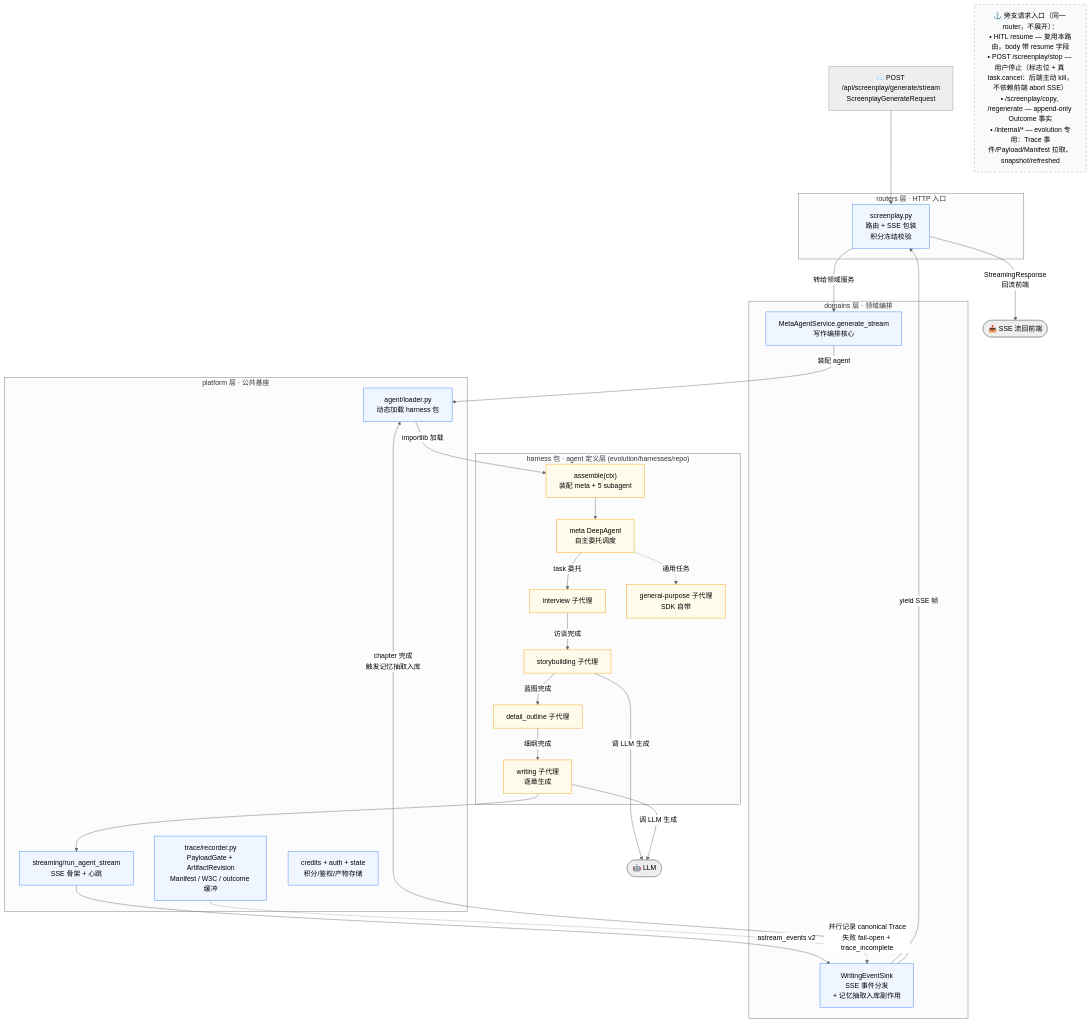
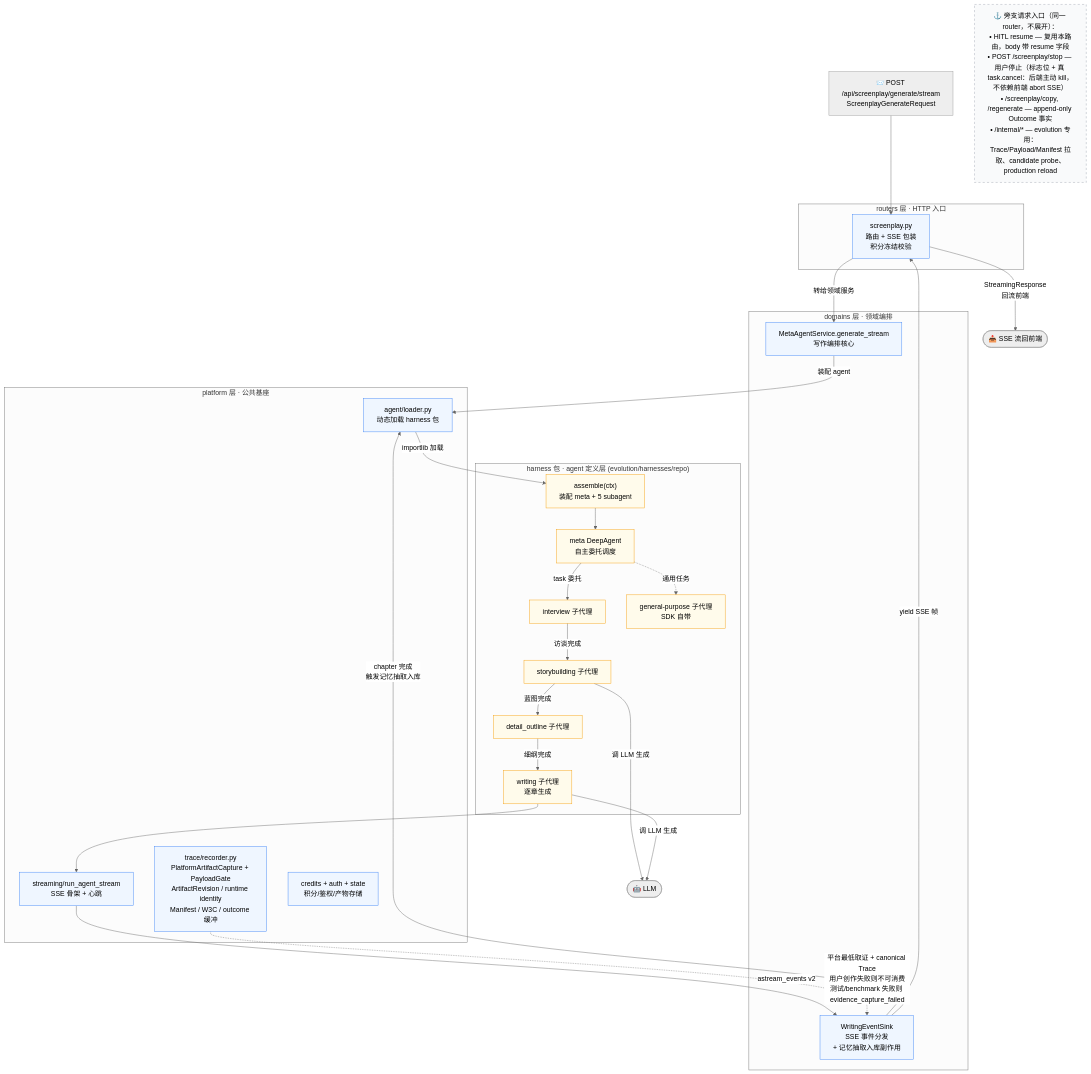
One commit to gaoshoupaper-code/EvoWriter changed the second of 8 diagrams in docs/系统心智模型.md. Above: the diagram before and after it, drawn with Mermaid (neutral theme). The commit also changed other lines of this file and 47 other files, not shown here.

````diff
--- a/docs/系统心智模型.md
+++ b/docs/系统心智模型.md
@@ -127,65 +129,65 @@
 ```mermaid
 flowchart TD
     Req["📨 POST /api/screenplay/generate/stream<br/>ScreenplayGenerateRequest"]
 
     subgraph L_Routers["routers 层 · HTTP 入口"]
         R1["screenplay.py<br/>路由 + SSE 包装<br/>积分冻结校验"]
     end
 
     subgraph L_Domains["domains 层 · 领域编排"]
         D1["MetaAgentService.generate_stream<br/>写作编排核心"]
         D2["WritingEventSink<br/>SSE 事件分发<br/>+ 记忆抽取入库副作用"]
     end
 
     subgraph L_Platform["platform 层 · 公共基座"]
         P1["agent/loader.py<br/>动态加载 harness 包"]
         P2["streaming/run_agent_stream<br/>SSE 骨架 + 心跳"]
-        P3["trace/recorder.py<br/>PayloadGate + ArtifactRevision<br/>Manifest / W3C / outcome 缓冲"]
+        P3["trace/recorder.py<br/>PlatformArtifactCapture + PayloadGate<br/>ArtifactRevision / runtime identity<br/>Manifest / W3C / outcome 缓冲"]
         P4["credits + auth + state<br/>积分/鉴权/产物存储"]
     end
 
     subgraph L_Harness["harness 包 · agent 定义层 (evolution/harnesses/repo)"]
         H1["assemble(ctx)<br/>装配 meta + 5 subagent"]
         Meta["meta DeepAgent<br/>自主委托调度"]
         Sub1["interview 子代理"]
         Sub2["storybuilding 子代理"]
         Sub3["detail_outline 子代理"]
         Sub4["writing 子代理<br/>逐章生成"]
         Sub5["general-purpose 子代理<br/>SDK 自带"]
     end
 
     LLM(["🤖 LLM"])
 
     %% 主线
     Req --> R1
     R1 -->|"转给领域服务"| D1
     D1 -->|"装配 agent"| P1
     P1 -->|"importlib 加载"| H1
     H1 --> Meta
     Meta -->|"task 委托"| Sub1
     Sub1 -->|"访谈完成"| Sub2
     Sub2 -->|"蓝图完成"| Sub3
     Sub3 -->|"细纲完成"| Sub4
     Meta -.->|"通用任务"| Sub5
     Sub4 --> P2
     Sub2 & Sub4 -->|"调 LLM 生成"| LLM
 
     %% 回流
     P2 -->|"astream_events v2"| D2
     D2 -->|"yield SSE 帧"| R1
-    P3 -.->|"并行记录 canonical Trace<br/>失败 fail-open + trace_incomplete"| D2
+    P3 -.->|"平台最低取证 + canonical Trace<br/>用户创作失败则不可消费<br/>测试/benchmark 失败则 evidence_capture_failed"| D2
     D2 -->|"chapter 完成<br/>触发记忆抽取入库"| P1
 
     R1 -->|"StreamingResponse<br/>回流前端"| Out(["📤 SSE 流回前端"])
 
     %% 旁支锚点
-    Anchor["⚓ 旁支请求入口（同一 router，不展开）：<br/>• HITL resume — 复用本路由，body 带 resume 字段<br/>• POST /screenplay/stop — 用户停止（标志位 + 真 task.cancel：后端主动 kill，不依赖前端 abort SSE）<br/>• /screenplay/copy, /regenerate — append-only Outcome 事实<br/>• /internal/* — evolution 专用：Trace 事件/Payload/Manifest 拉取、snapshot/refreshed"]
+    Anchor["⚓ 旁支请求入口（同一 router，不展开）：<br/>• HITL resume — 复用本路由，body 带 resume 字段<br/>• POST /screenplay/stop — 用户停止（标志位 + 真 task.cancel：后端主动 kill，不依赖前端 abort SSE）<br/>• /screenplay/copy, /regenerate — append-only Outcome 事实<br/>• /internal/* — evolution 专用：Trace/Payload/Manifest 拉取、candidate probe、production reload"]
 
     classDef layer fill:#eff6ff,stroke:#3b82f6
     classDef harness fill:#fffbeb,stroke:#f59e0b
     classDef anchor fill:#f9fafb,stroke:#9ca3af,stroke-dasharray: 5 5
 
     class R1,D1,D2,P1,P2,P3,P4 layer
     class H1,Meta,Sub1,Sub2,Sub3,Sub4,Sub5 harness
     class Anchor anchor
 ```
````
